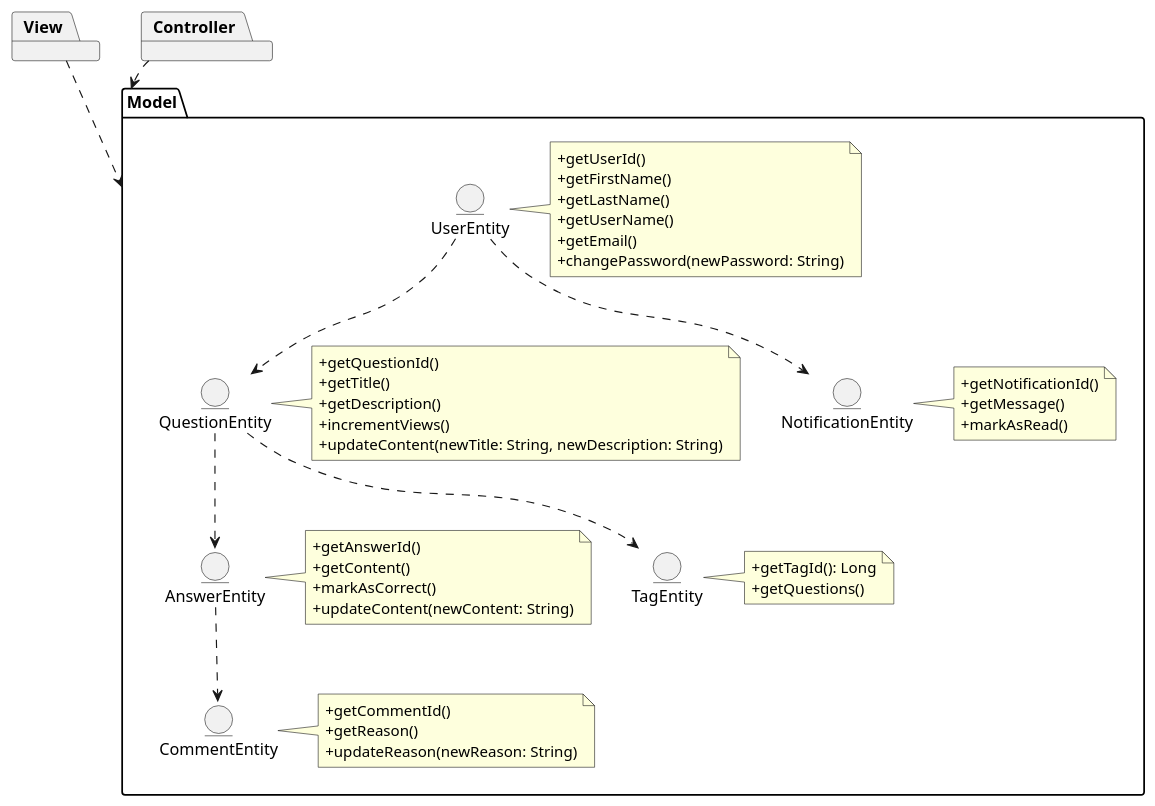
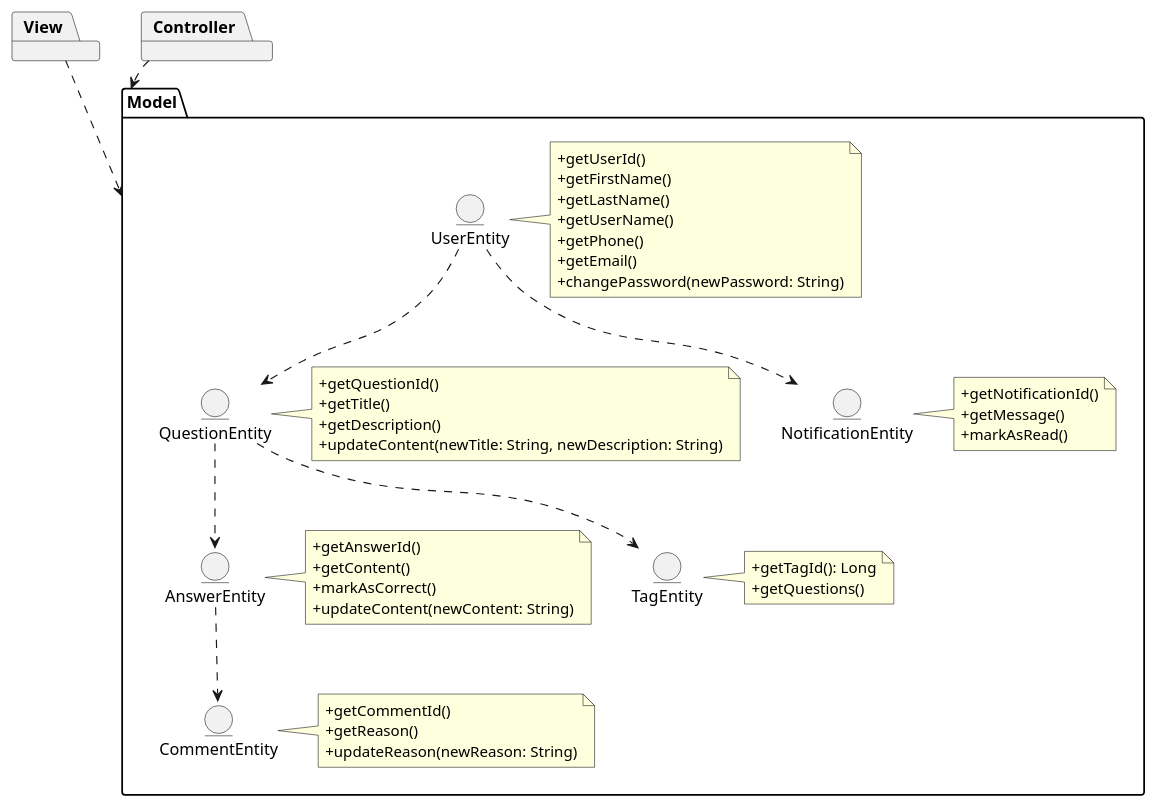
One commit to rafaelacirino/miw-backend-foro changed the diagram in src/main/resources/templates/logic/packageModel.puml. Above: the diagram before and after it, drawn with PlantUML. The commit also changed 2 other files, not shown here.

Commit message:
update packages diagrams

```diff
--- a/src/main/resources/templates/logic/packageModel.puml
+++ b/src/main/resources/templates/logic/packageModel.puml
@@ -1,68 +1,68 @@
 @startuml
 
 package View {
 }
 
 package Controller {
 }
 
 View ..> Model
 Controller ..> Model
 
 package Model {
     entity UserEntity as UserEntity
     note right of UserEntity
         +getUserId()
         +getFirstName()
         +getLastName()
         +getUserName()
+        +getPhone()
         +getEmail()
         +changePassword(newPassword: String)
     end note
 
     entity QuestionEntity as QuestionEntity
     note right of QuestionEntity
         +getQuestionId()
         +getTitle()
         +getDescription()
-        +incrementViews()
         +updateContent(newTitle: String, newDescription: String)
     end note
 
     entity AnswerEntity as AnswerEntity
     note right of AnswerEntity
         +getAnswerId()
         +getContent()
         +markAsCorrect()
         +updateContent(newContent: String)
     end note
 
     entity CommentEntity as CommentEntity
     note right of CommentEntity
         +getCommentId()
         +getReason()
         +updateReason(newReason: String)
     end note
 
     entity NotificationEntity as NotificationEntity
     note right of NotificationEntity
         +getNotificationId()
         +getMessage()
         +markAsRead()
     end note
 
     entity TagEntity as TagEntity
         note right of TagEntity
             +getTagId(): Long
             +getQuestions()
         end note
 
     UserEntity ..> QuestionEntity
     QuestionEntity ..> AnswerEntity
     QuestionEntity ..> TagEntity
     AnswerEntity ..> CommentEntity
     UserEntity ..> NotificationEntity
 }
 
 
 @enduml
```
